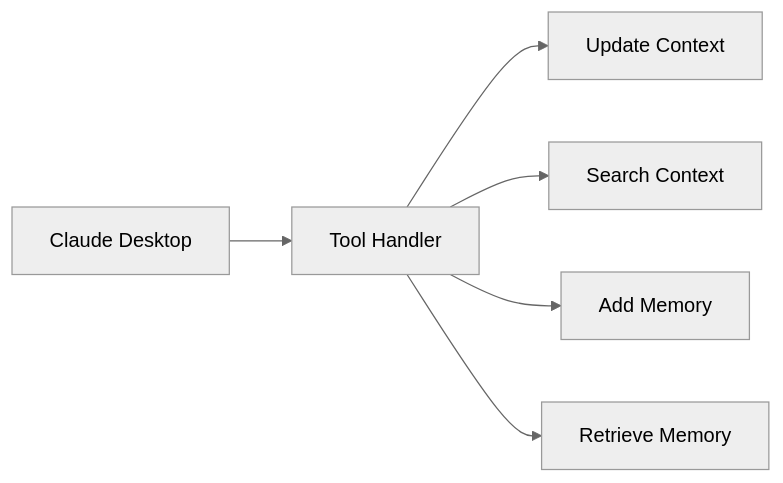
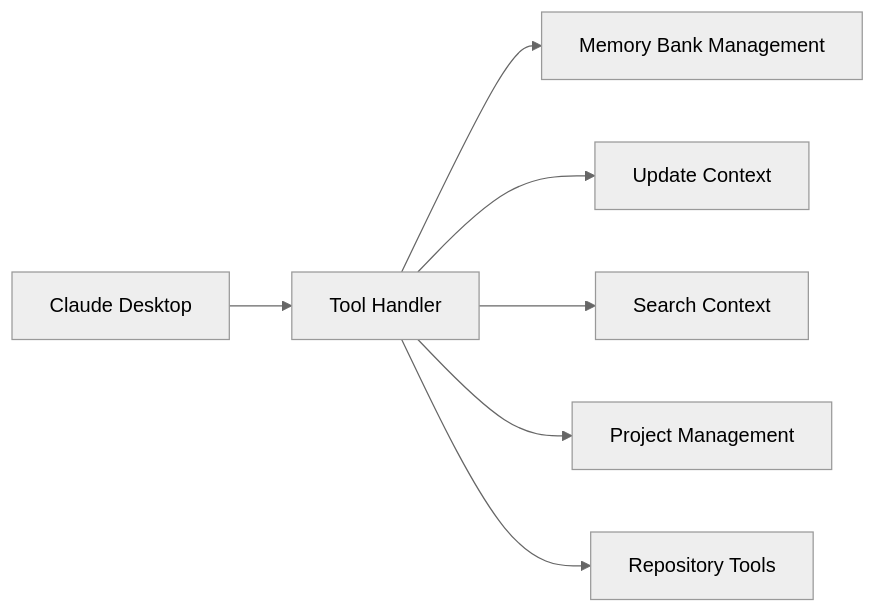
One commit to philippe-guerit/claude-desktop-memory-bank changed the third of 9 diagrams in doc/mcp-design.md. Above: the diagram before and after it, drawn with Mermaid (neutral theme). The commit also changed other lines of this file and 3 other files, not shown here.

Commit message:
improve design to support project based memory bank

````diff
--- a/doc/mcp-design.md
+++ b/doc/mcp-design.md
@@ -62,8 +72,9 @@
 ```mermaid
 flowchart LR
     Claude[Claude Desktop] --> TH[Tool Handler]
+    TH --> MBM[Memory Bank Management]
     TH --> Update[Update Context]
     TH --> Search[Search Context]
-    TH --> Add[Add Memory]
-    TH --> Retrieve[Retrieve Memory]
+    TH --> Project[Project Management]
+    TH --> Repo[Repository Tools]
 ```
````
